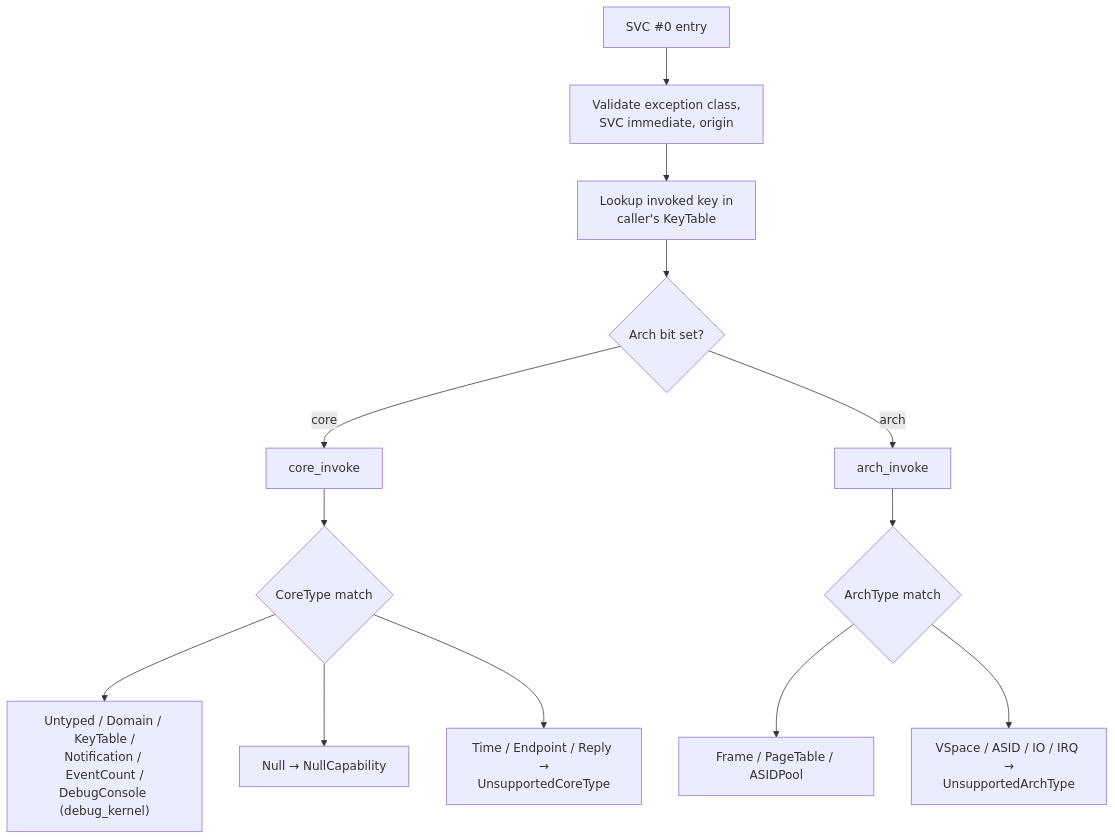
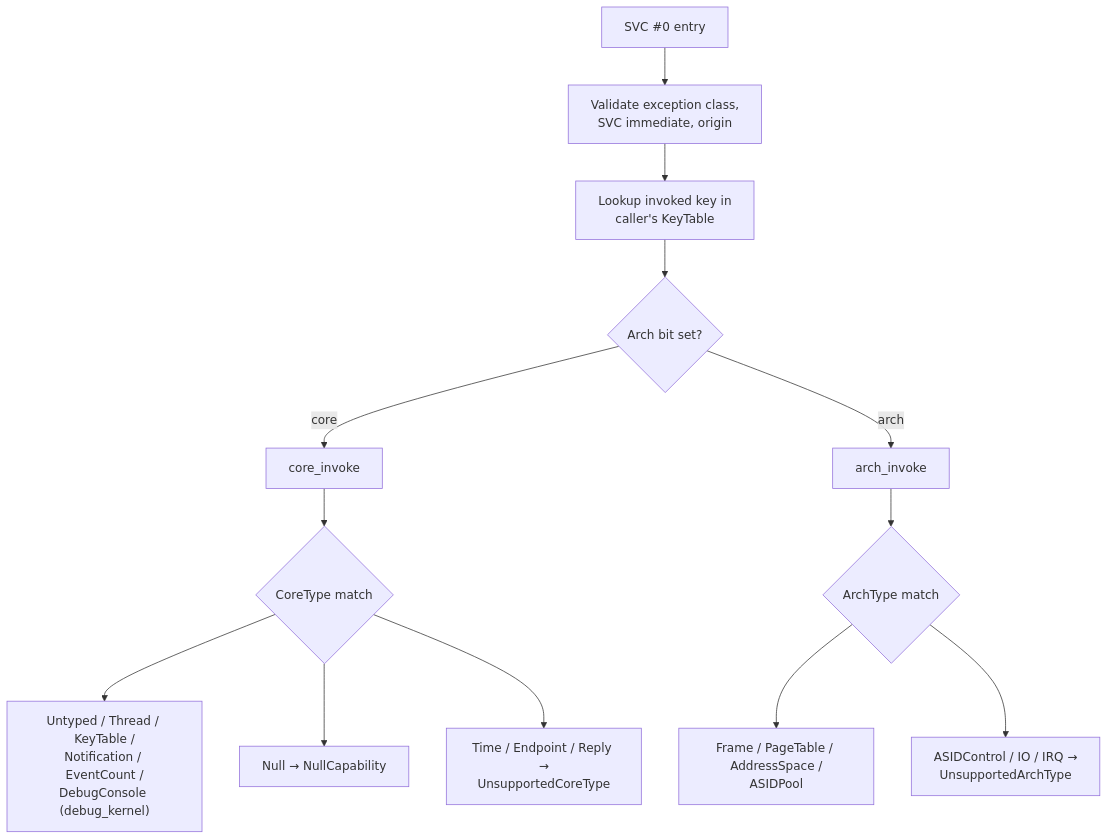
The diagram in doc/object_types/README.md (metta-systems/vesper), drawn with Mermaid before and after one commit. The commit also changed other lines of this file and 67 other files, not shown here.

Commit message:
Split Domain into Thread and AddressSpace

````diff
--- a/doc/object_types/README.md
+++ b/doc/object_types/README.md
@@ -74,15 +77,15 @@
 ```mermaid
 flowchart TD
     A["SVC #0 entry"] --> B["Validate exception class,<br/>SVC immediate, origin"]
     B --> C["Lookup invoked key in<br/>caller's KeyTable"]
     C --> D{"Arch bit set?"}
     D -- "core" --> E["core_invoke"]
     D -- "arch" --> F["arch_invoke"]
     E --> G{"CoreType match"}
-    G --> H["Untyped / Domain / KeyTable /<br/>Notification / EventCount /<br/>DebugConsole (debug_kernel)"]
+    G --> H["Untyped / Thread / KeyTable /<br/>Notification / EventCount /<br/>DebugConsole (debug_kernel)"]
     G --> I["Null → NullCapability"]
     G --> J["Time / Endpoint / Reply →<br/>UnsupportedCoreType"]
     F --> K{"ArchType match"}
-    K --> L["Frame / PageTable / ASIDPool"]
-    K --> M["VSpace / ASID / IO / IRQ →<br/>UnsupportedArchType"]
+    K --> L["Frame / PageTable / AddressSpace /<br/>ASIDPool"]
+    K --> M["ASIDControl / IO / IRQ →<br/>UnsupportedArchType"]
 ```
````
